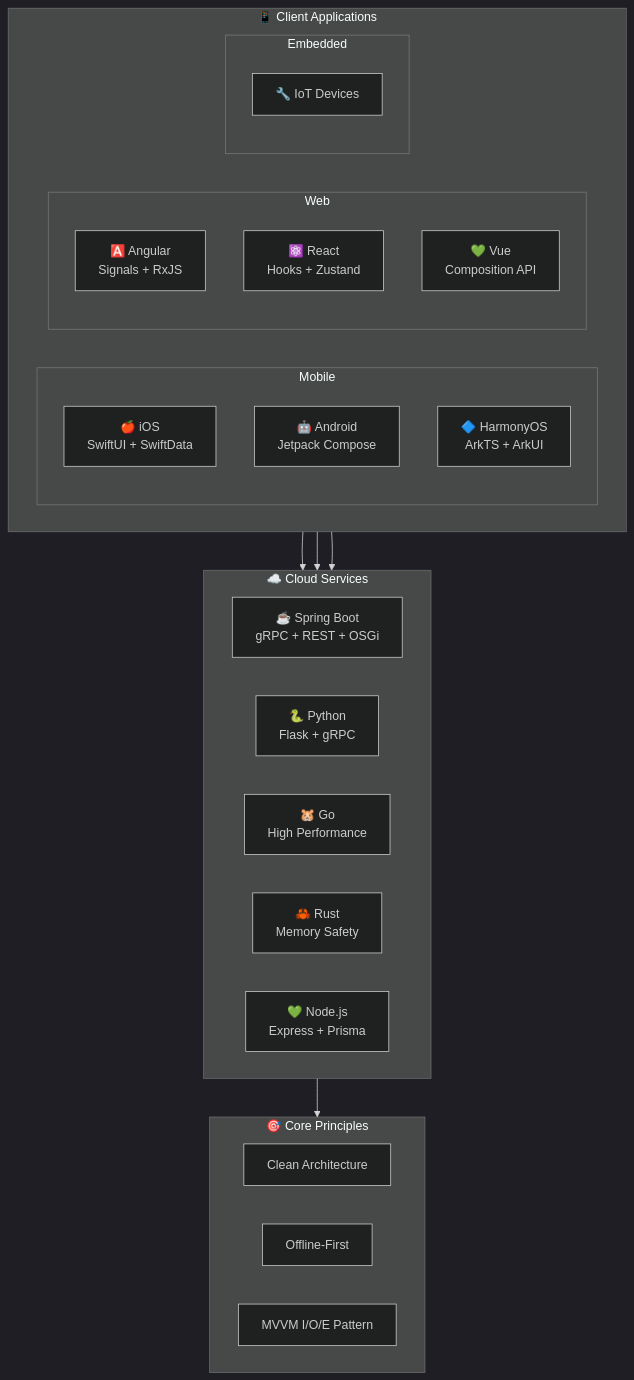
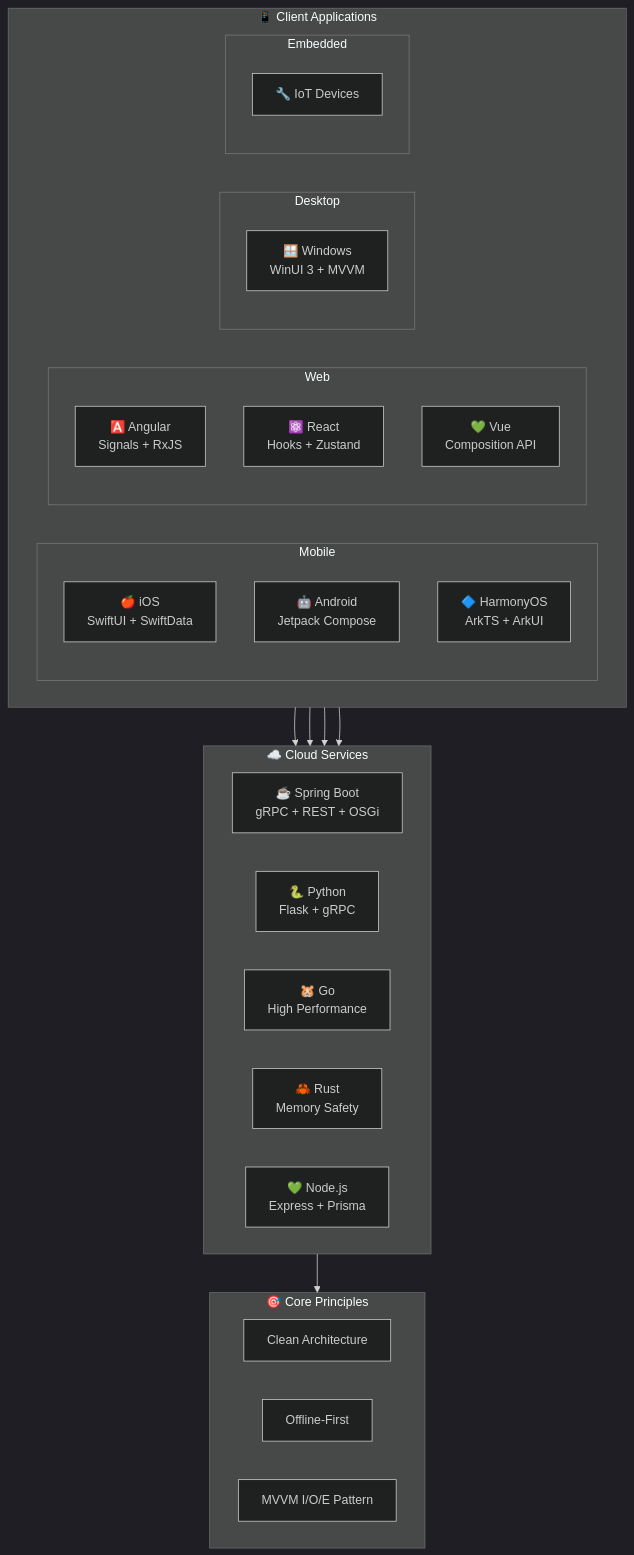
One commit to jrjohn/jrjohn changed the diagram in README.md. Above: the diagram before and after it, drawn with Mermaid (dark theme). The commit also changed other lines of this file, not shown here.

````diff
--- a/README.md
+++ b/README.md
@@ -18,39 +18,43 @@
 ```mermaid
 flowchart TB
     subgraph Client["📱 Client Applications"]
         direction LR
         subgraph Mobile["Mobile"]
             iOS["🍎 iOS<br>SwiftUI + SwiftData"]
             Android["🤖 Android<br>Jetpack Compose"]
             HarmonyOS["🔷 HarmonyOS<br>ArkTS + ArkUI"]
         end
         subgraph Web["Web"]
             Angular["🅰️ Angular<br>Signals + RxJS"]
             React["⚛️ React<br>Hooks + Zustand"]
             Vue["💚 Vue<br>Composition API"]
+        end
+        subgraph Desktop["Desktop"]
+            Windows["🪟 Windows<br>WinUI 3 + MVVM"]
         end
         subgraph Embedded["Embedded"]
             Embedded1["🔧 IoT Devices"]
         end
     end
 
     subgraph Cloud["☁️ Cloud Services"]
         direction LR
         SpringBoot["☕ Spring Boot<br>gRPC + REST + OSGi"]
         Python["🐍 Python<br>Flask + gRPC"]
         Go["🐹 Go<br>High Performance"]
         Rust["🦀 Rust<br>Memory Safety"]
         NodeJS["💚 Node.js<br>Express + Prisma"]
     end
 
     subgraph Core["🎯 Core Principles"]
         CA["Clean Architecture"]
         OF["Offline-First"]
         MVVM["MVVM I/O/E Pattern"]
     end
 
     Mobile --> Cloud
     Web --> Cloud
+    Desktop --> Cloud
     Embedded --> Cloud
     Cloud --> Core
 ```
````
